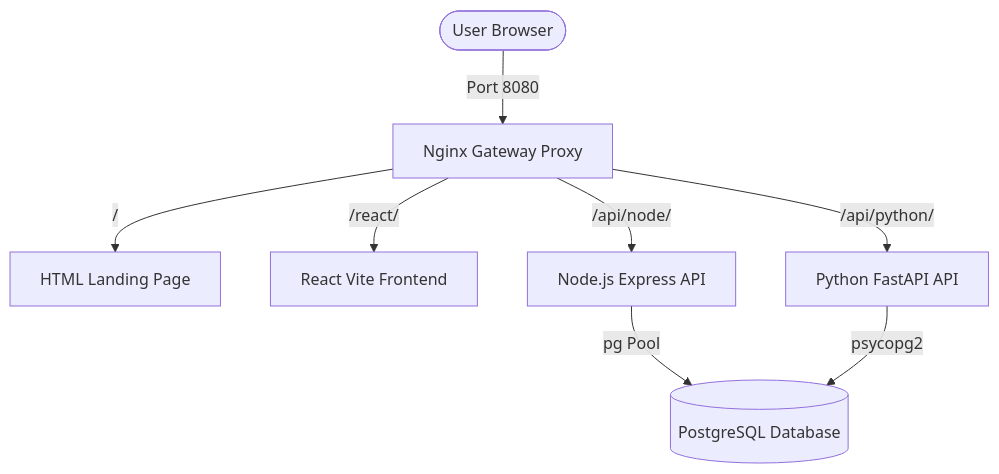
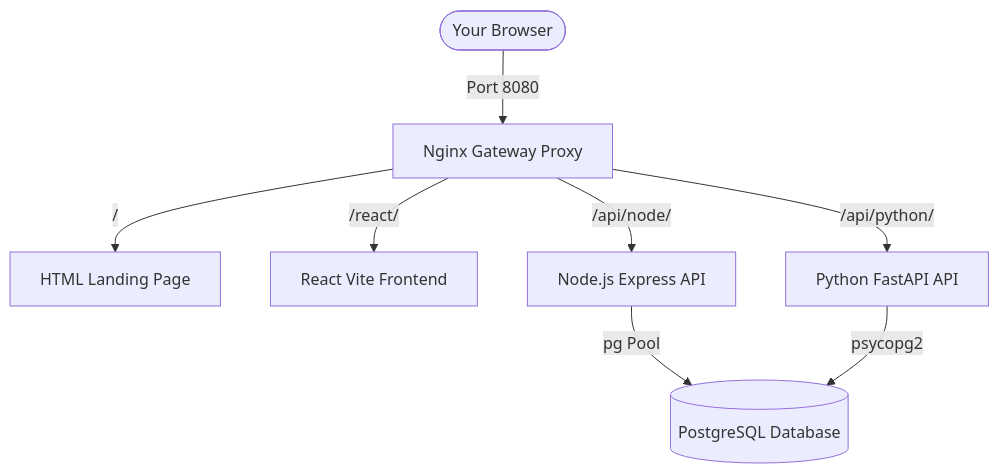
The diagram in PORTFOLIO.md (AmanKumar-St/AmanKumar-St), drawn with Mermaid before and after one commit. The commit also changed other lines of this file, not shown here.

````diff
--- a/PORTFOLIO.md
+++ b/PORTFOLIO.md
@@ -11,11 +23,11 @@
 ```mermaid
 graph TD
-    User([User Browser]) -->|Port 8080| Gateway[Nginx Gateway Proxy]
+    User([Your Browser]) -->|Port 8080| Gateway[Nginx Gateway Proxy]
     Gateway -->|/| Landing[HTML Landing Page]
     Gateway -->|/react/| ReactApp[React Vite Frontend]
     Gateway -->|/api/node/| NodeAPI[Node.js Express API]
     Gateway -->|/api/python/| PythonAPI[Python FastAPI API]
     
     NodeAPI -->|pg Pool| DB[(PostgreSQL Database)]
     PythonAPI -->|psycopg2| DB
 ```
````
